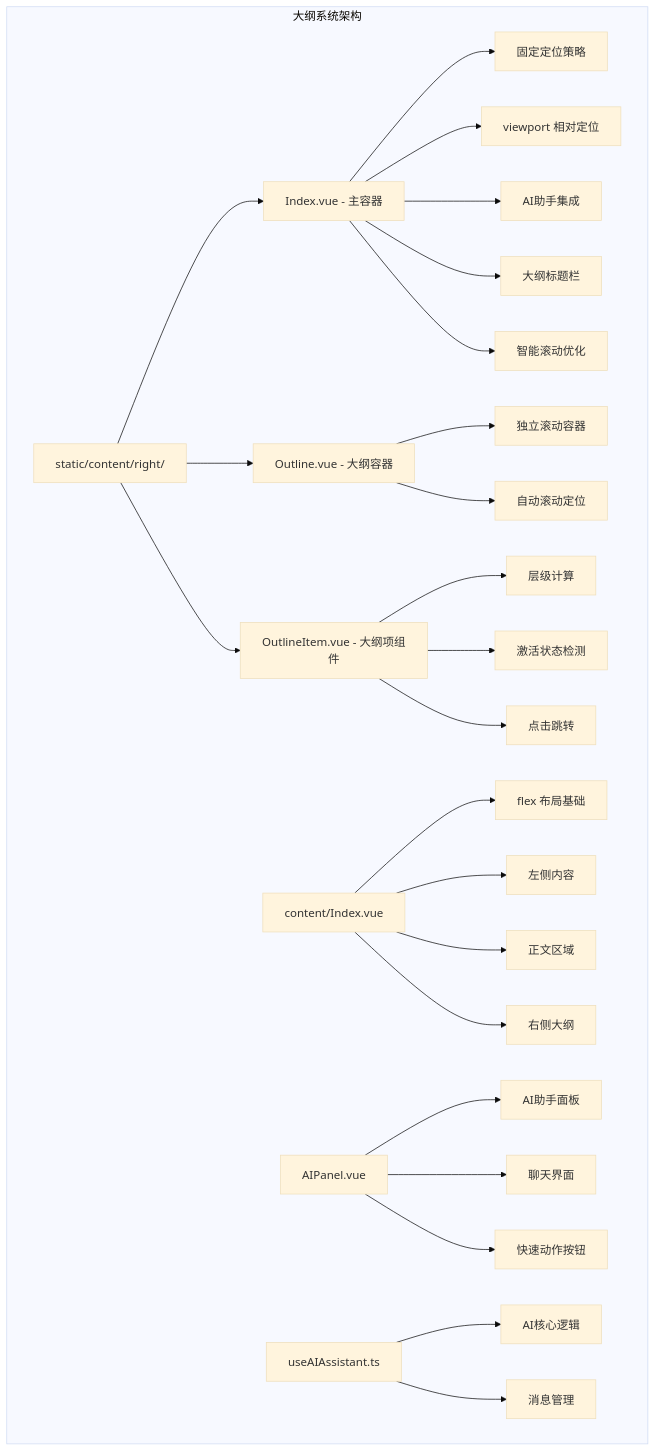
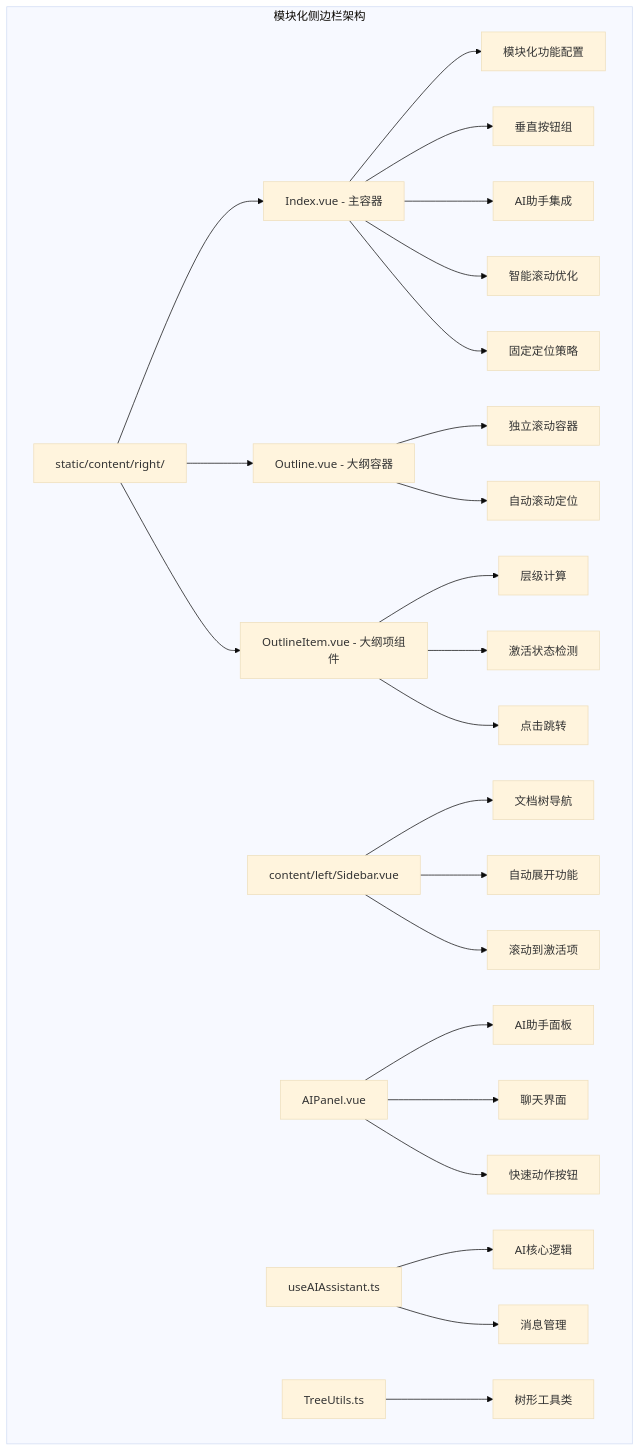
The first of 8 diagrams in .qoder/repowiki/zh/content/Outline System.md (terwer/siyuan-plugin-blog), drawn with Mermaid (base theme) before and after one commit. The commit also changed other lines of this file and 5 other files, not shown here.

````diff
--- a/.qoder/repowiki/zh/content/Outline System.md
+++ b/.qoder/repowiki/zh/content/Outline System.md
@@ -65,27 +63,27 @@
 ```mermaid
 graph TB
-subgraph "大纲系统架构"
+subgraph "模块化侧边栏架构"
 A[static/content/right/] --> B[Index.vue - 主容器]
 A --> C[Outline.vue - 大纲容器]
 A --> D[OutlineItem.vue - 大纲项组件]
-B --> E[固定定位策略]
-B --> F[viewport 相对定位]
+B --> E[模块化功能配置]
+B --> F[垂直按钮组]
 B --> G[AI助手集成]
-B --> H[大纲标题栏]
-B --> I[智能滚动优化]
+B --> H[智能滚动优化]
+B --> I[固定定位策略]
 C --> J[独立滚动容器]
 C --> K[自动滚动定位]
 D --> L[层级计算]
 D --> M[激活状态检测]
 D --> N[点击跳转]
-O[content/Index.vue] --> P[flex 布局基础]
-O --> Q[左侧内容]
-O --> R[正文区域]
-O --> S[右侧大纲]
-T[AIPanel.vue] --> U[AI助手面板]
-T --> V[聊天界面]
-T --> W[快速动作按钮]
-X[useAIAssistant.ts] --> Y[AI核心逻辑]
-X --> Z[消息管理]
+O[content/left/Sidebar.vue] --> P[文档树导航]
+O --> Q[自动展开功能]
+O --> R[滚动到激活项]
+S[AIPanel.vue] --> T[AI助手面板]
+S --> U[聊天界面]
+S --> V[快速动作按钮]
+W[useAIAssistant.ts] --> X[AI核心逻辑]
+W --> Y[消息管理]
+Z[TreeUtils.ts] --> AA[树形工具类]
 end
 ```
````
